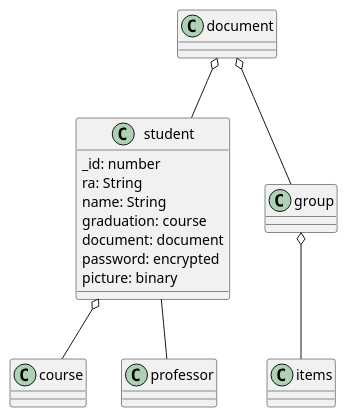
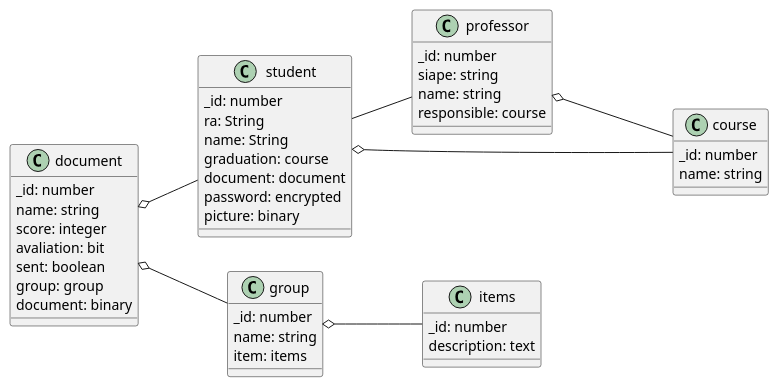
The diagram in database-modeling/database-modeling.wsd (rodrigoRolim/CAdiagrams), drawn with PlantUML before and after one commit.

Commit message:
add attributes

```diff
--- a/database-modeling/database-modeling.wsd
+++ b/database-modeling/database-modeling.wsd
@@ -1,16 +1,46 @@
 @startuml
+left to right direction
 class student {
     _id: number
     ra: String
     name: String
     graduation: course
     document: document
     password: encrypted
     picture: binary
 }
+class document {
+    _id: number
+    name: string
+    score: integer
+    avaliation: bit
+    sent: boolean
+    group: group
+    document: binary
+}
+class group {
+    _id: number
+    name: string
+    item: items
+}
+class items {
+    _id: number
+    description: text 
+}
+class professor {
+    _id: number
+    siape: string
+    name: string
+    responsible: course
+}
+class course {
+    _id: number
+    name: string
+}
 document o-- group
 group o-- items
 document o-- student
 student o-- course
-student -- professor 
+student -- professor
+professor o--- course 
 @enduml
```
